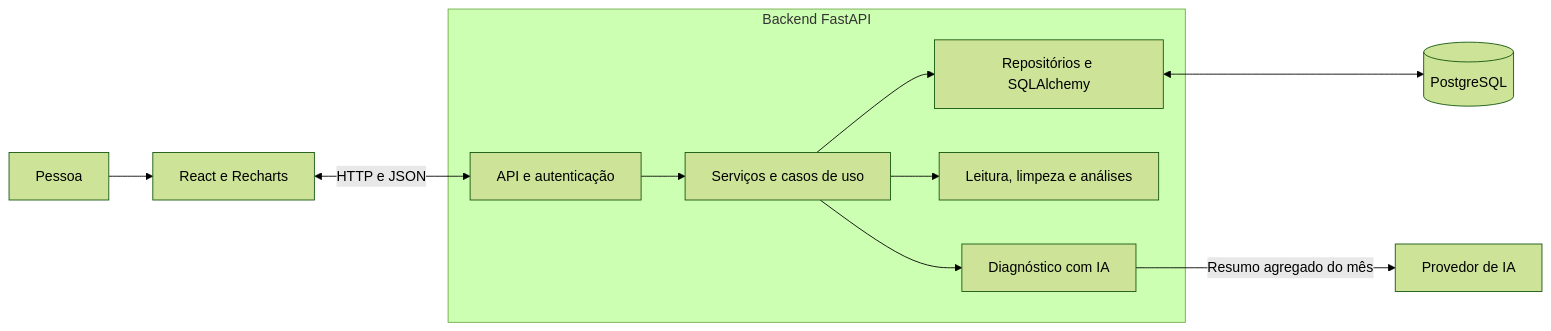
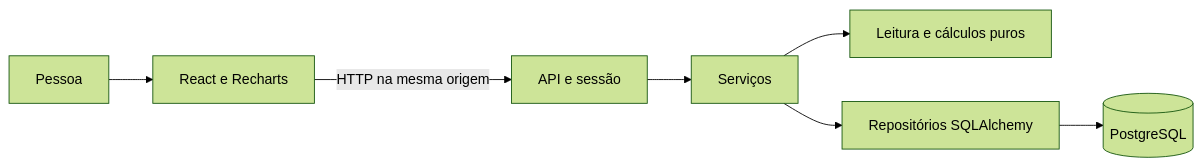
Before and after one commit to JanioRamalho/gerenCIA: the diagram in docs/arquitetura.md, drawn with Mermaid (forest theme). The commit also changed other lines of this file and 10 other files, not shown here.

````diff
--- a/docs/arquitetura.md
+++ b/docs/arquitetura.md
@@ -14,15 +7,9 @@
 ```mermaid
 flowchart LR
-    person["Pessoa"] --> frontend["React e Recharts"]
-    frontend <-->|"HTTP e JSON"| api
-
-    subgraph backend ["Backend FastAPI"]
-        api["API e autenticação"] --> services["Serviços e casos de uso"]
-        services --> repositories["Repositórios e SQLAlchemy"]
-        services --> pipeline["Leitura, limpeza e análises"]
-        services --> ai["Diagnóstico com IA"]
-    end
-
-    repositories <--> database[("PostgreSQL")]
-    ai -->|"Resumo agregado do mês"| provider["Provedor de IA"]
+    person[Pessoa] --> ui[React e Recharts]
+    ui -->|HTTP na mesma origem| api[API e sessão]
+    api --> services[Serviços]
+    services --> pipeline[Leitura e cálculos puros]
+    services --> repositories[Repositórios SQLAlchemy]
+    repositories --> db[(PostgreSQL)]
 ```
````
